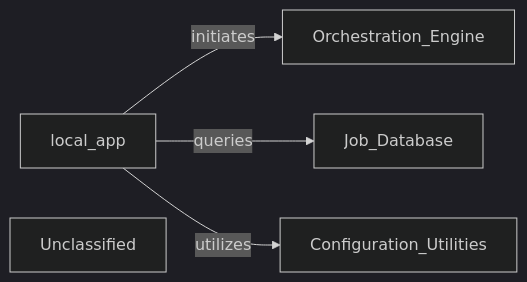
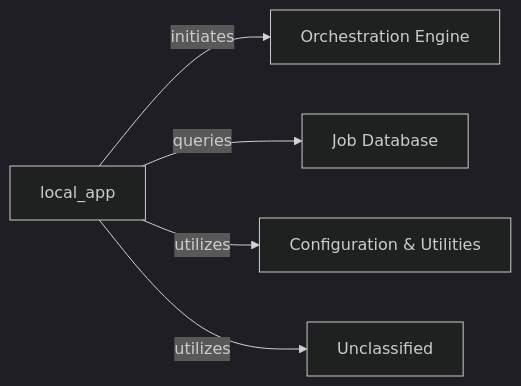
Before and after one commit to Tharun8688/CodeBoarding: the diagram in .codeboarding/User_Interface_API_Gateway.md, drawn with Mermaid (dark theme). The commit also changed other lines of this file and 13 other files, not shown here.

First line of the commit message:
docs: update codeboarding documentation and generate architecture

````diff
--- a/.codeboarding/User_Interface_API_Gateway.md
+++ b/.codeboarding/User_Interface_API_Gateway.md
@@ -1,8 +1,13 @@
 ```mermaid
 graph LR
     local_app["local_app"]
+    Orchestration_Engine["Orchestration Engine"]
+    Job_Database["Job Database"]
+    Configuration_Utilities["Configuration & Utilities"]
+    Unclassified["Unclassified"]
     Unclassified["Unclassified"]
     local_app -- "initiates" --> Orchestration_Engine
     local_app -- "queries" --> Job_Database
     local_app -- "utilizes" --> Configuration_Utilities
+    local_app -- "utilizes" --> Unclassified
 ```
````
